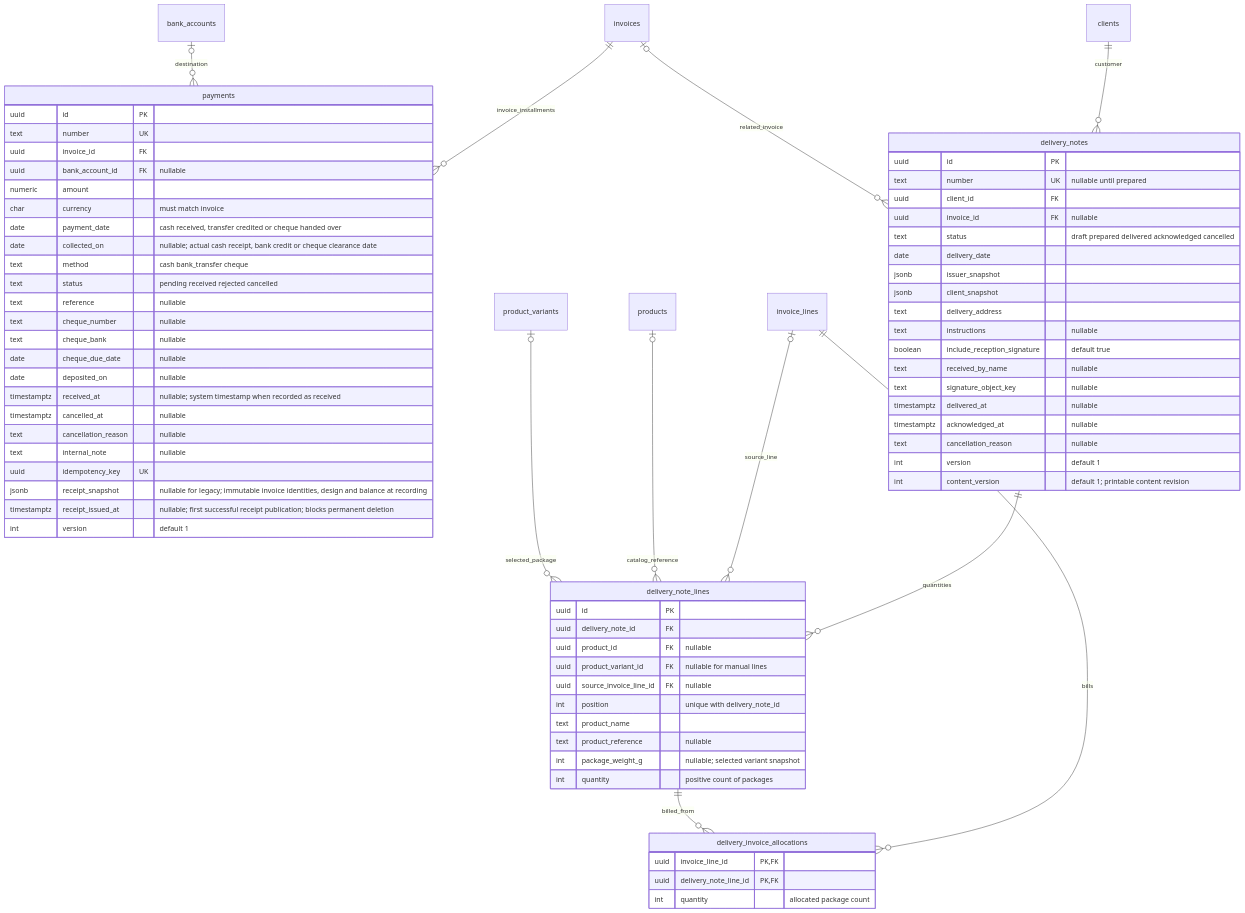
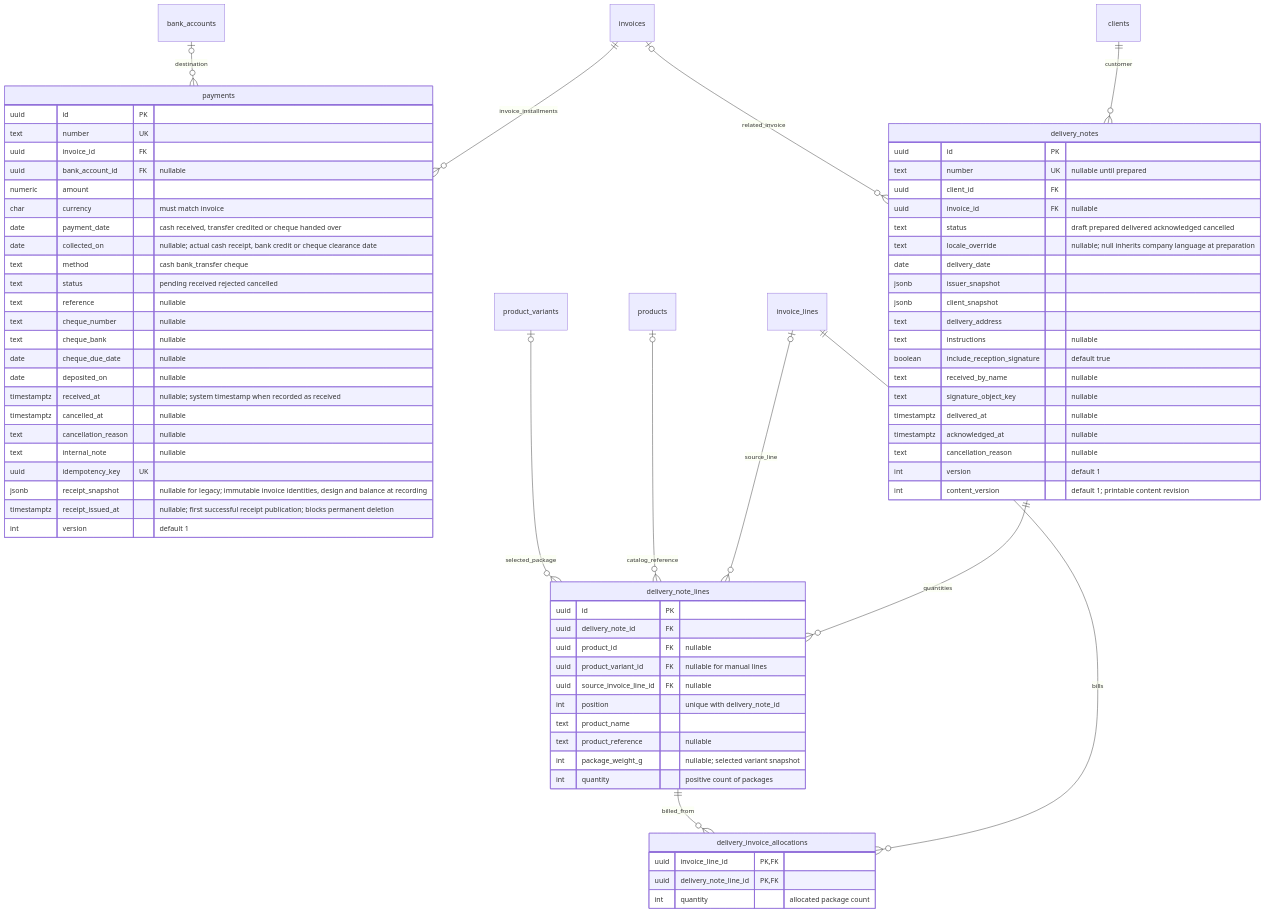
Before and after one commit to bamoya/slama-finance: the ninth of 11 diagrams in docs/database-schema-design.md, drawn with Mermaid. The commit also changed other lines of this file and 79 other files, not shown here.

````diff
--- a/docs/database-schema-design.md
+++ b/docs/database-schema-design.md
@@ -647,75 +649,76 @@
 ```mermaid
 erDiagram
     invoices ||--o{ payments : invoice_installments
     bank_accounts o|--o{ payments : destination
     clients ||--o{ delivery_notes : customer
     invoices o|--o{ delivery_notes : related_invoice
     delivery_notes ||--o{ delivery_note_lines : quantities
     invoice_lines o|--o{ delivery_note_lines : source_line
     products o|--o{ delivery_note_lines : catalog_reference
     product_variants o|--o{ delivery_note_lines : selected_package
     payments {
         uuid id PK
         text number UK
         uuid invoice_id FK
         uuid bank_account_id FK "nullable"
         numeric amount
         char currency "must match invoice"
         date payment_date "cash received, transfer credited or cheque handed over"
         date collected_on "nullable; actual cash receipt, bank credit or cheque clearance date"
         text method "cash bank_transfer cheque"
         text status "pending received rejected cancelled"
         text reference "nullable"
         text cheque_number "nullable"
         text cheque_bank "nullable"
         date cheque_due_date "nullable"
         date deposited_on "nullable"
         timestamptz received_at "nullable; system timestamp when recorded as received"
         timestamptz cancelled_at "nullable"
         text cancellation_reason "nullable"
         text internal_note "nullable"
         uuid idempotency_key UK
         jsonb receipt_snapshot "nullable for legacy; immutable invoice identities, design and balance at recording"
         timestamptz receipt_issued_at "nullable; first successful receipt publication; blocks permanent deletion"
         int version "default 1"
     }
     delivery_notes {
         uuid id PK
         text number UK "nullable until prepared"
         uuid client_id FK
         uuid invoice_id FK "nullable"
         text status "draft prepared delivered acknowledged cancelled"
+        text locale_override "nullable; null inherits company language at preparation"
         date delivery_date
         jsonb issuer_snapshot
         jsonb client_snapshot
         text delivery_address
         text instructions "nullable"
         boolean include_reception_signature "default true"
         text received_by_name "nullable"
         text signature_object_key "nullable"
         timestamptz delivered_at "nullable"
         timestamptz acknowledged_at "nullable"
         text cancellation_reason "nullable"
         int version "default 1"
         int content_version "default 1; printable content revision"
     }
     delivery_note_lines {
         uuid id PK
         uuid delivery_note_id FK
         uuid product_id FK "nullable"
         uuid product_variant_id FK "nullable for manual lines"
         uuid source_invoice_line_id FK "nullable"
         int position "unique with delivery_note_id"
         text product_name
         text product_reference "nullable"
         int package_weight_g "nullable; selected variant snapshot"
         int quantity "positive count of packages"
     }
     delivery_invoice_allocations {
         uuid invoice_line_id PK, FK
         uuid delivery_note_line_id PK, FK
         int quantity "allocated package count"
     }
     invoice_lines ||--o{ delivery_invoice_allocations : bills
     delivery_note_lines ||--o{ delivery_invoice_allocations : billed_from
 ```
````
